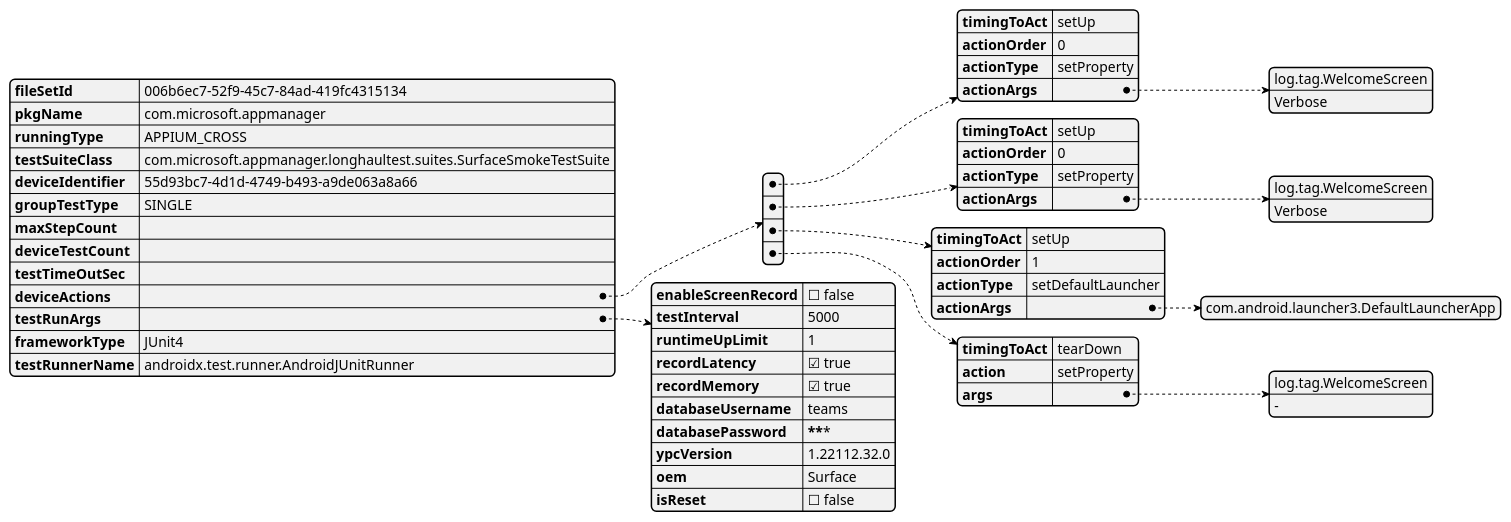
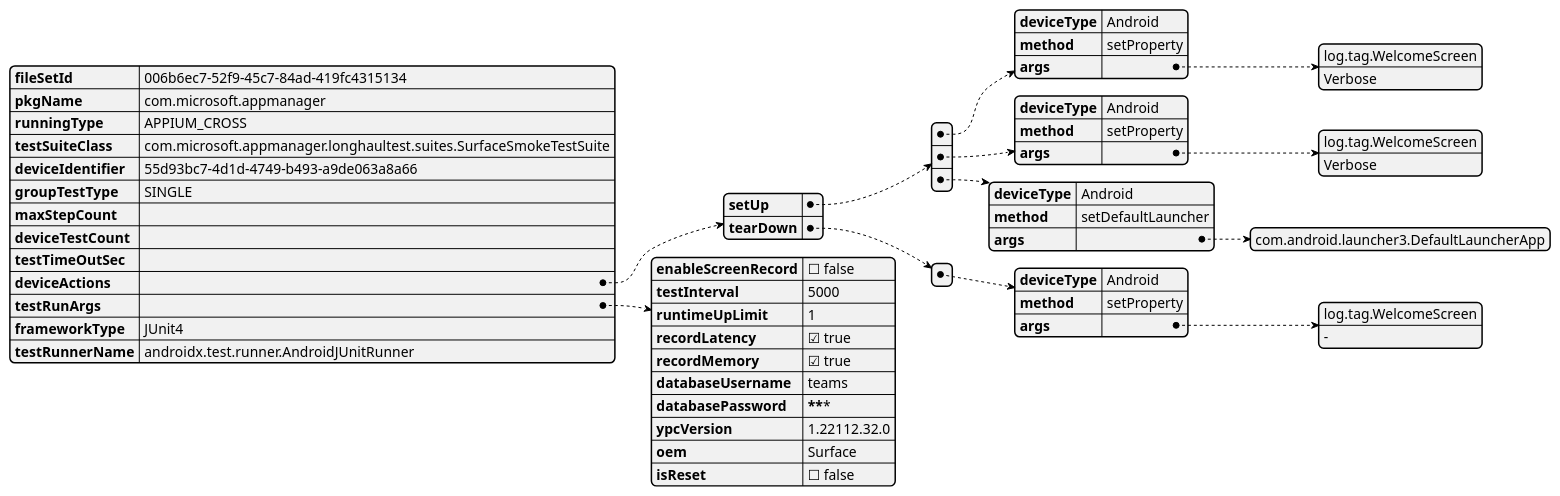
The third of 6 diagrams in agent/doc/UML/test_runner_design.puml (microsoft/HydraLab), drawn with PlantUML before and after one commit. The commit also changed 4 other files, not shown here.

```diff
--- a/agent/doc/UML/test_runner_design.puml
+++ b/agent/doc/UML/test_runner_design.puml
@@ -67,49 +67,49 @@
 @startjson
 {
     "fileSetId": "006b6ec7-52f9-45c7-84ad-419fc4315134",
     "pkgName": "com.microsoft.appmanager",
     "runningType": "APPIUM_CROSS",
     "testSuiteClass": "com.microsoft.appmanager.longhaultest.suites.SurfaceSmokeTestSuite",
     "deviceIdentifier": "55d93bc7-4d1d-4749-b493-a9de063a8a66",
     "groupTestType": "SINGLE",
     "maxStepCount": "",
     "deviceTestCount": "",
     "testTimeOutSec": "",
-    "deviceActions":[{
-            "timingToAct":"setUp",
-            "actionOrder":"0",
-            "actionType":"setProperty",
-            "actionArgs": ["log.tag.WelcomeScreen","Verbose"]
-        },
-        {   "timingToAct":"setUp",
-            "actionOrder":"0",
-            "actionType":"setProperty",
-            "actionArgs": ["log.tag.WelcomeScreen","Verbose"]
-        },
-        {   "timingToAct":"setUp",
-            "actionOrder":"1",
-            "actionType":"setDefaultLauncher",
-            "actionArgs": ["com.android.launcher3.DefaultLauncherApp"]
+    "deviceActions":{
+        "setUp":[{
+            "deviceType":"Android",
+            "method":"setProperty",
+            "args": ["log.tag.WelcomeScreen","Verbose"]
         },
         {
-            "timingToAct":"tearDown",
-            "action":"setProperty",
+            "deviceType":"Android",
+            "method":"setProperty",
+            "args": ["log.tag.WelcomeScreen","Verbose"]
+        },
+        {
+            "deviceType":"Android",
+            "method":"setDefaultLauncher",
+            "args": ["com.android.launcher3.DefaultLauncherApp"]
+        }],
+        "tearDown":[{
+            "deviceType":"Android",
+            "method":"setProperty",
             "args": ["log.tag.WelcomeScreen","-"]
-        }
-    ],
+        }]
+     },
     "testRunArgs": {
         "enableScreenRecord": false,
         "testInterval": 5000,
         "runtimeUpLimit": 1,
         "recordLatency": true,
         "recordMemory": true,
         "databaseUsername": "teams",
         "databasePassword": "***********",
         "ypcVersion": "1.22112.32.0",
         "oem": "Surface",
         "isReset": false
     },
     "frameworkType": "JUnit4",
     "testRunnerName": "androidx.test.runner.AndroidJUnitRunner"
 }
 @endjson
```
